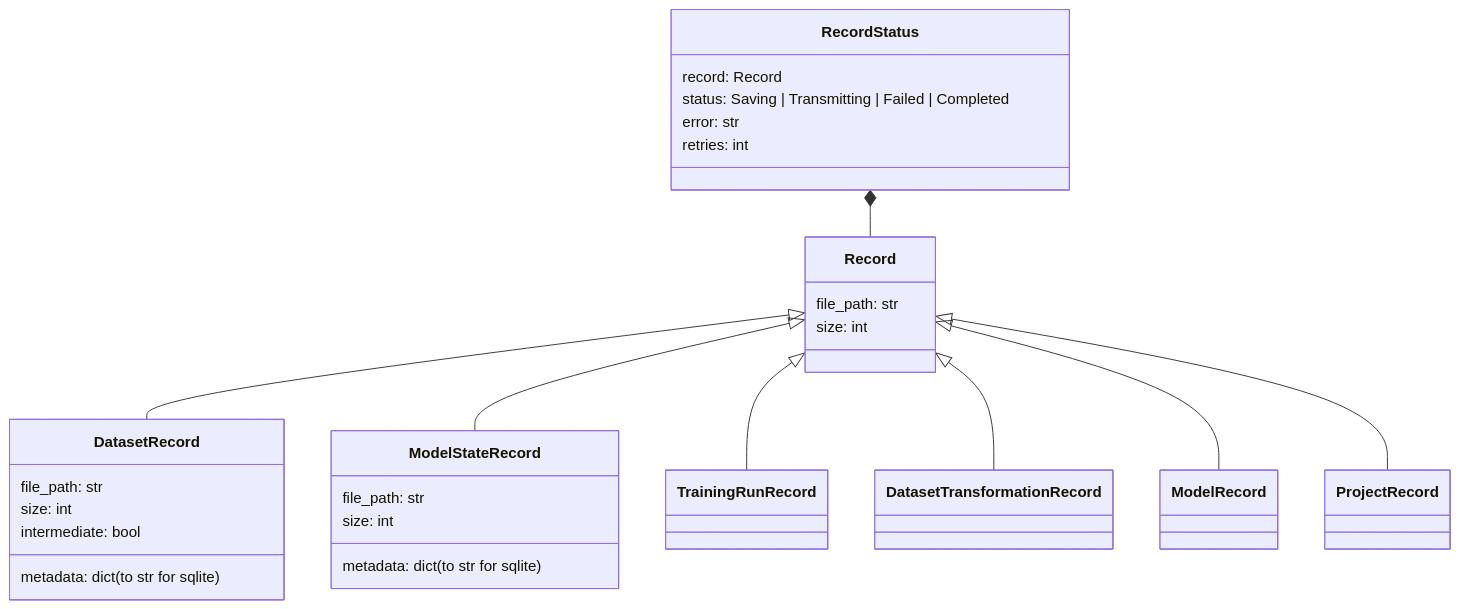
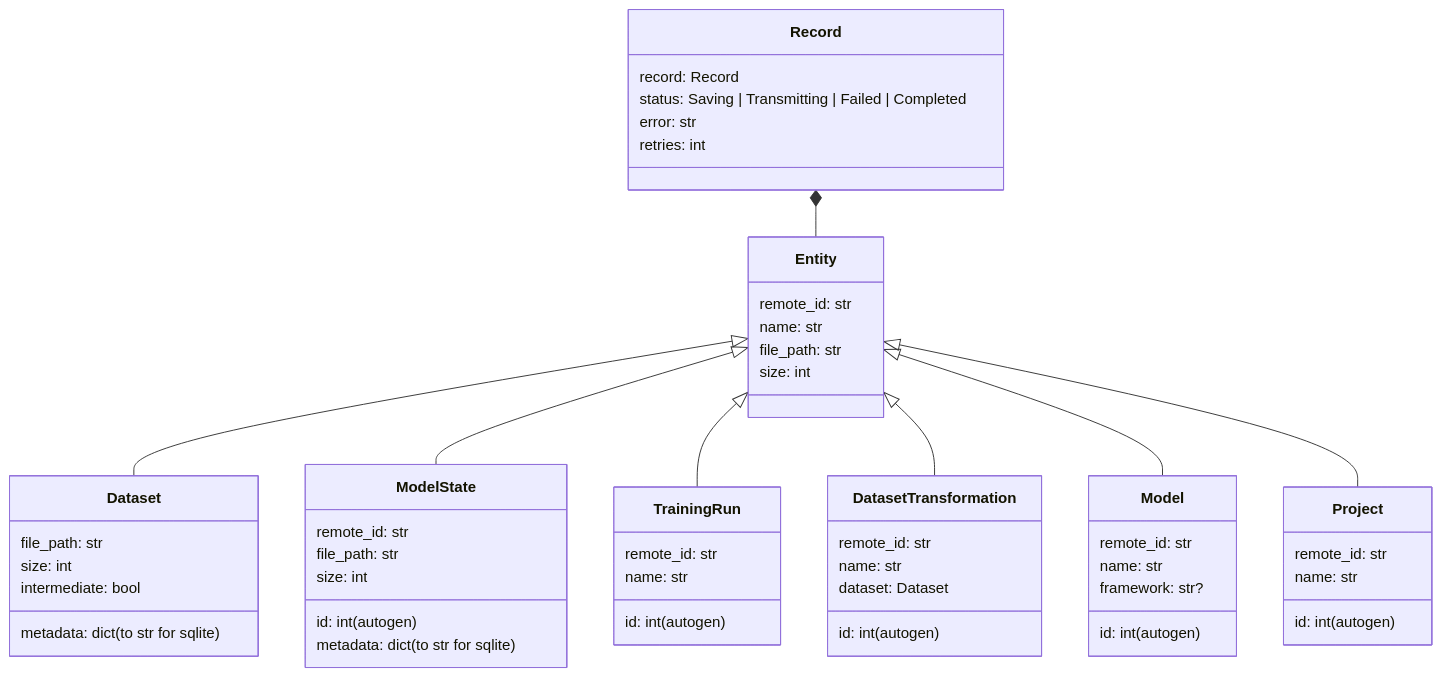
The fourth of 5 diagrams in docs/design/architecture.md (seclea/seclea_ai), drawn with Mermaid before and after one commit. The commit also changed 10 other files, not shown here.

Commit message:
Add project and name to Record model. Create training run name from local rather than remote records. Use Enums for Status and Entity to prevent errors.

````diff
--- a/docs/design/architecture.md
+++ b/docs/design/architecture.md
@@ -182,52 +182,67 @@
 ```mermaid
     classDiagram
 
-    Record <|-- DatasetRecord
-    Record <|-- ModelStateRecord
-    Record <|-- TrainingRunRecord
-    Record <|-- DatasetTransformationRecord
-    Record <|-- ModelRecord
-    Record <|-- ProjectRecord
-    RecordStatus *-- Record
+    Entity <|-- Dataset
+    Entity <|-- ModelState
+    Entity <|-- TrainingRun
+    Entity <|-- DatasetTransformation
+    Entity <|-- Model
+    Entity <|-- Project
+    Record *-- Entity
 
-    class RecordStatus {
+    class Record {
         record: Record
         status: Saving | Transmitting | Failed | Completed
         error: str
         retries: int 
     }
 
-    class Record {
+    class Entity {
+        remote_id: str
+        name: str
         file_path: str
         size: int
     }
 
-    class DatasetRecord {
+    class Dataset {
         file_path: str
         size: int
         intermediate: bool
         metadata: dict (to str for sqlite)
     }
 
-    class ModelStateRecord {
+    class ModelState {
+        id: int (autogen)
+        remote_id: str
         file_path: str
         size: int
         metadata: dict (to str for sqlite)
+        
     }
 
-    class DatasetTransformationRecord {
-    
+    class DatasetTransformation {
+      id: int (autogen)
+      remote_id: str
+      name: str
+      dataset: Dataset
     }
 
-    class TrainingRunRecord {
-    
+    class TrainingRun {
+      id: int (autogen)
+      remote_id: str
+      name: str
     }
 
-    class ModelRecord {
-    
+    class Model {
+      id: int (autogen)
+      remote_id: str
+      name: str
+      framework: str?
     }
 
-    class ProjectRecord {
-    
+    class Project {
+      id: int (autogen)
+      remote_id: str
+      name: str
     }
 ```
````
